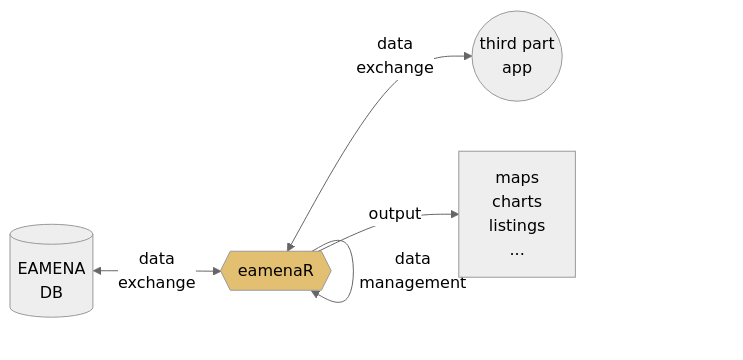
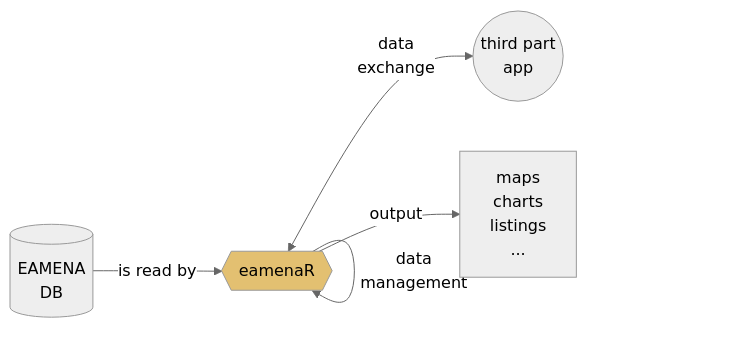
The first of 6 diagrams in README.md (eamena-project/eamenaR), drawn with Mermaid (neutral theme) before and after one commit.

````diff
--- a/README.md
+++ b/README.md
@@ -7,8 +7,8 @@
 ```mermaid
 flowchart LR
-    A[(EAMENA<br>DB)] <--data<br>exchange--> B{{"eamenaR"}}:::eamenaRpkg;
+    A[(EAMENA<br>DB)] --is read by--> B{{"eamenaR"}}:::eamenaRpkg;
     B --data<br>management--> B;
     B <--data<br>exchange--> C((third part<br>app));
     B --"output"--> D[maps<br>charts<br>listings<br>...];
     classDef eamenaRpkg fill:#e3c071;
 ```
````
